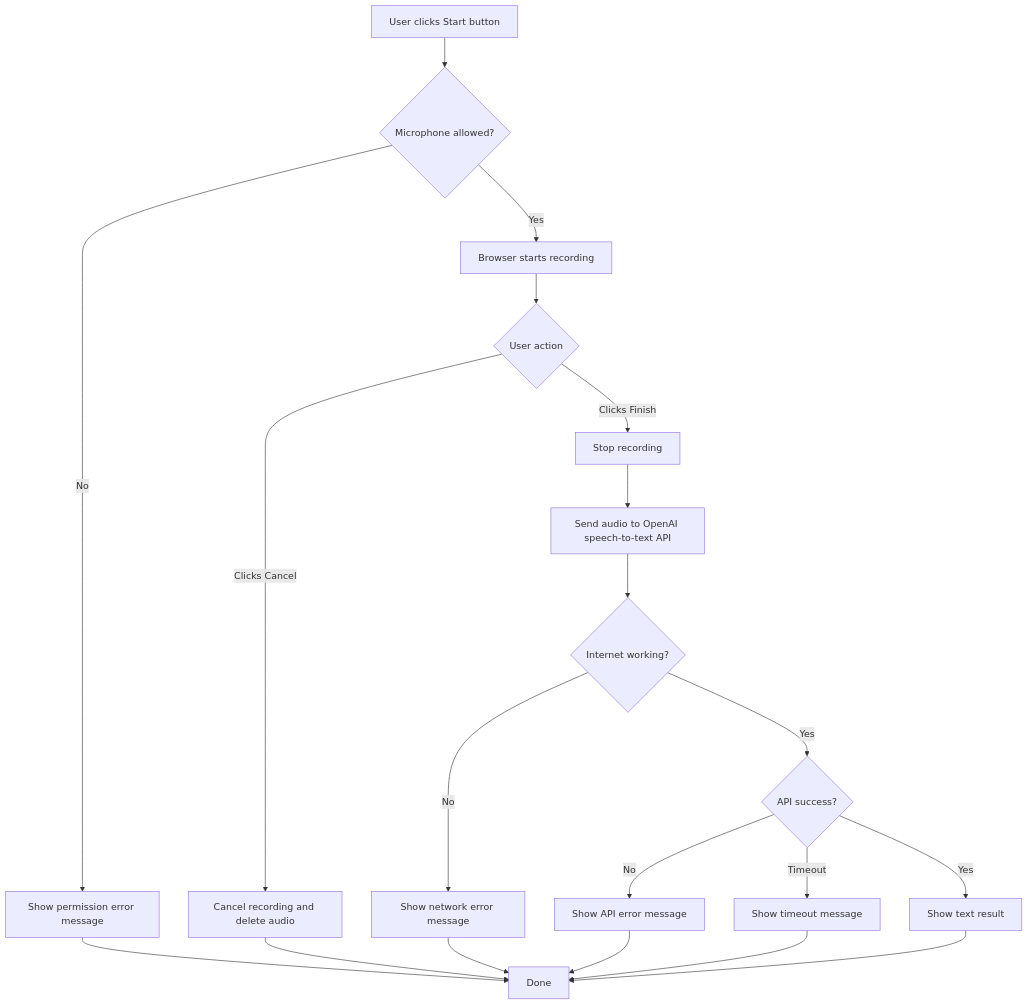
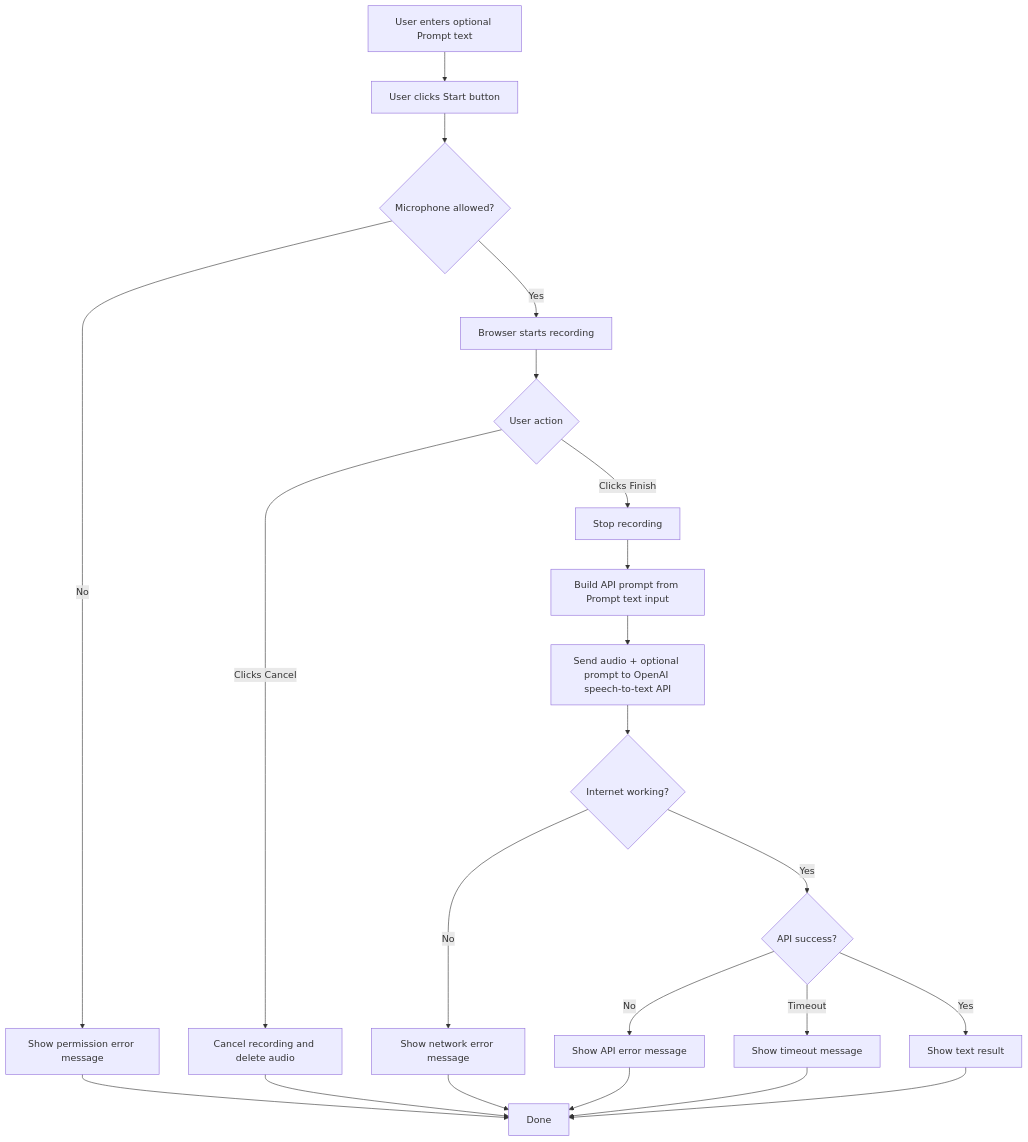
The diagram in AGENTS.md (freshOffTheBot/based-translator), drawn with Mermaid before and after one commit. The commit also changed other lines of this file and 2 other files, not shown here.

Commit message:
feat: add optional transcription prompt input with local persistence

````diff
--- a/AGENTS.md
+++ b/AGENTS.md
@@ -32,26 +34,27 @@
 ```mermaid
 flowchart TD
-	A[User clicks Start button] --> B{Microphone allowed?}
+	A[User enters optional Prompt text] --> B[User clicks Start button]
+	B --> C{Microphone allowed?}
 
-	B -- No --> B1[Show permission error message] --> Z[End]
+	C -- No --> C1[Show permission error message] --> Z[End]
+	C -- Yes --> D[Browser starts recording]
 
-	B -- Yes --> C[Browser starts recording]
+	D --> E{User action}
 
-	C --> D{User action}
+	E -- Clicks Finish --> F[Stop recording]
+	E -- Clicks Cancel --> D1[Cancel recording and delete audio] --> Z
 
-	D -- Clicks Finish --> E[Stop recording]
-	D -- Clicks Cancel --> C1[Cancel recording and delete audio] --> Z
+	F --> F1[Build API prompt from Prompt text input]
+	F1 --> G[Send audio + optional prompt to OpenAI speech-to-text API]
 
-	E --> F[Send audio to OpenAI speech-to-text API]
+	G --> H{Internet working?}
 
-	F --> G{Internet working?}
+	H -- No --> H1[Show network error message] --> Z
+	H -- Yes --> I{API success?}
 
-	G -- No --> G1[Show network error message] --> Z
-	G -- Yes --> H{API success?}
+	I -- No --> I1[Show API error message] --> Z
+	I -- Timeout --> I2[Show timeout message] --> Z
+	I -- Yes --> J[Show text result]
 
-	H -- No --> H1[Show API error message] --> Z
-	H -- Timeout --> H2[Show timeout message] --> Z
-	H -- Yes --> I[Show text result]
-
-	I --> Z[Done]
+	J --> Z[Done]
 ```
````
